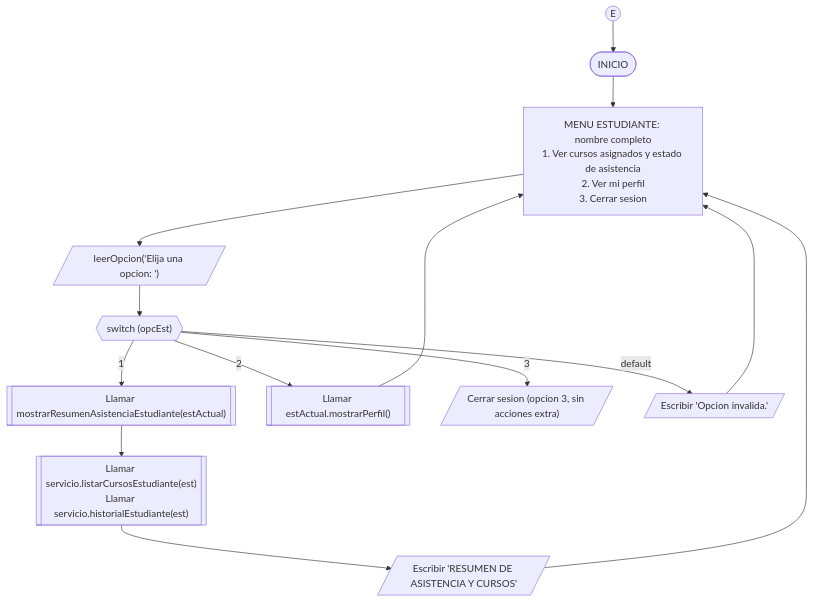
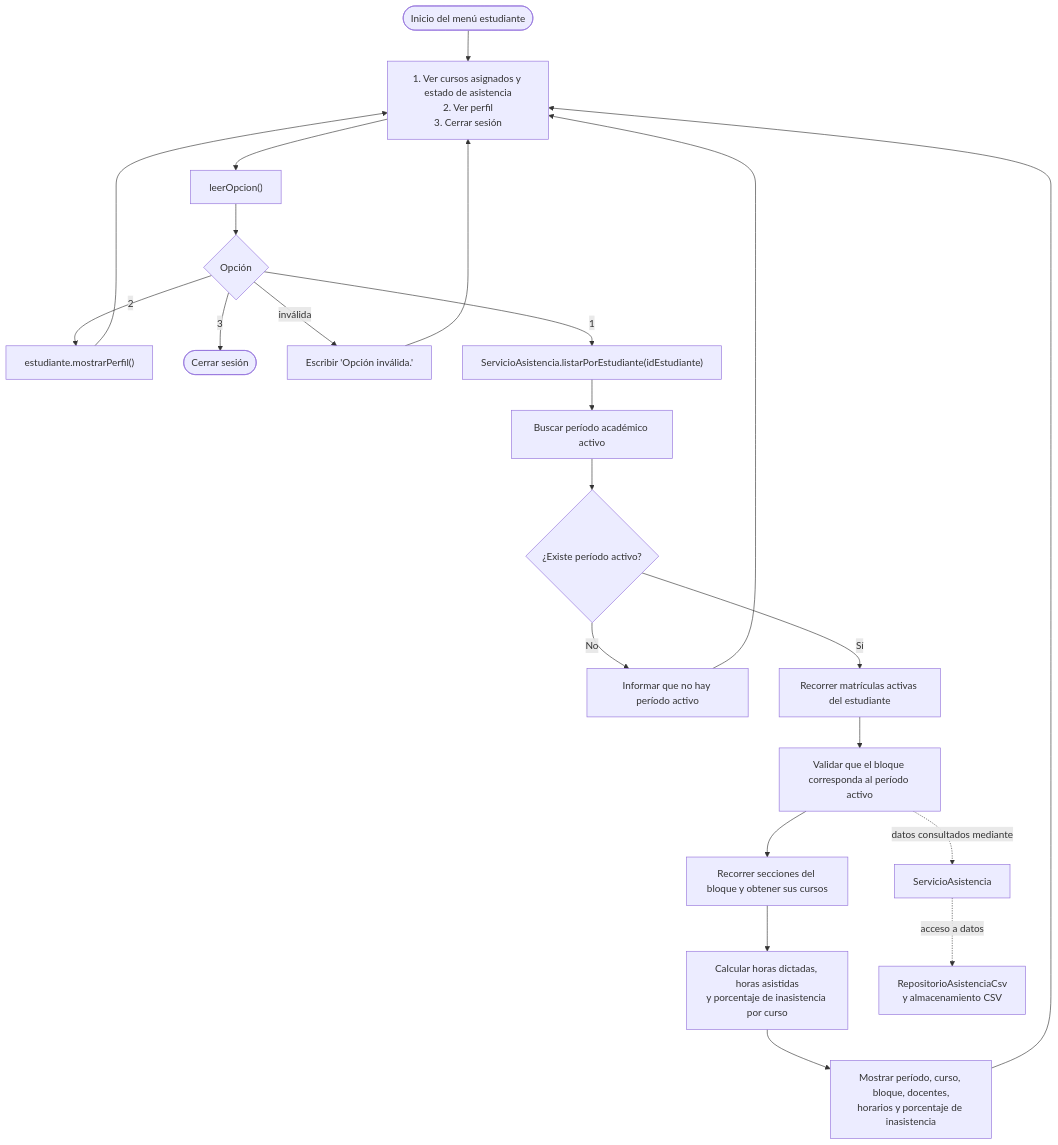
Before and after one commit to Aireck2/take-attendance-java: the diagram in docs/diagrams/flujo_alumno.mmd, drawn with Mermaid. The commit also changed 4 other files, not shown here.

Commit message:
feat:(docs/diagrams): update flowchart/class diagrams

```diff
--- a/docs/diagrams/flujo_alumno.mmd
+++ b/docs/diagrams/flujo_alumno.mmd
@@ -1,22 +1,23 @@
 ---
 config:
   theme: default
 ---
 flowchart TB
-    E(("E")) --> EstStart(["INICIO"])
-    EstStart --> MenuEst["MENU ESTUDIANTE: nombre&nbsp;completo<br>1.&nbsp;Ver&nbsp;cursos&nbsp;asignados&nbsp;y&nbsp;estado de asistencia<br>2. Ver mi perfil<br>3. Cerrar sesion"]
-    MenuEst --> LeerOpE@{ label: "leerOpcion('Elija una opcion: ')" }
-    LeerOpE --> SwitchE{{"switch (opcEst)"}}
-    SwitchE -- 1 --> CallResumen[["Llamar mostrarResumenAsistenciaEstudiante(estActual)"]]
-    SwitchE -- 2 --> PerfilE[["Llamar estActual.mostrarPerfil()"]]
-    SwitchE -- 3 --> CerrarE[/"Cerrar sesion (opcion 3, sin acciones extra)"/]
-    SwitchE -- default --> OpInvalidaE@{ label: "Escribir 'Opcion invalida.'" }
-    PerfilE --> MenuEst
-    OpInvalidaE --> MenuEst
-
-    CallResumen --> Datos[["Llamar servicio.listarCursosEstudiante(est)<br>Llamar servicio.historialEstudiante(est)"]]
-    Datos --> Cabecera@{ label: "Escribir 'RESUMEN DE ASISTENCIA Y CURSOS'" }
-    Cabecera --> MenuEst
-    LeerOpE@{ shape: lean-r}
-    OpInvalidaE@{ shape: lean-r}
-    Cabecera@{ shape: lean-r}
+    Inicio([Inicio del menú estudiante]) --> Menu["1. Ver cursos asignados y estado de asistencia<br>2. Ver perfil<br>3. Cerrar sesión"]
+    Menu --> Opcion["leerOpcion()"]
+    Opcion --> Elegir{"Opción"}
+    Elegir -- "2" --> Perfil["estudiante.mostrarPerfil()"] --> Menu
+    Elegir -- "3" --> Salir([Cerrar sesión])
+    Elegir -- inválida --> Error["Escribir 'Opción inválida.'"] --> Menu
+    Elegir -- "1" --> Asistencias["ServicioAsistencia.listarPorEstudiante(idEstudiante)"]
+    Asistencias --> Periodo["Buscar período académico activo"]
+    Periodo --> HayPeriodo{"¿Existe período activo?"}
+    HayPeriodo -- No --> SinPeriodo["Informar que no hay período activo"] --> Menu
+    HayPeriodo -- Sí --> Matriculas["Recorrer matrículas activas del estudiante"]
+    Matriculas --> Bloque["Validar que el bloque corresponda al período activo"]
+    Bloque --> Secciones["Recorrer secciones del bloque y obtener sus cursos"]
+    Secciones --> Resumen["Calcular horas dictadas, horas asistidas<br>y porcentaje de inasistencia por curso"]
+    Resumen --> Mostrar["Mostrar período, curso, bloque, docentes,<br>horarios y porcentaje de inasistencia"]
+    Mostrar --> Menu
+    Bloque -. datos consultados mediante .-> Servicio["ServicioAsistencia"]
+    Servicio -. acceso a datos .-> Repositorio["RepositorioAsistenciaCsv<br>y almacenamiento CSV"]
```
